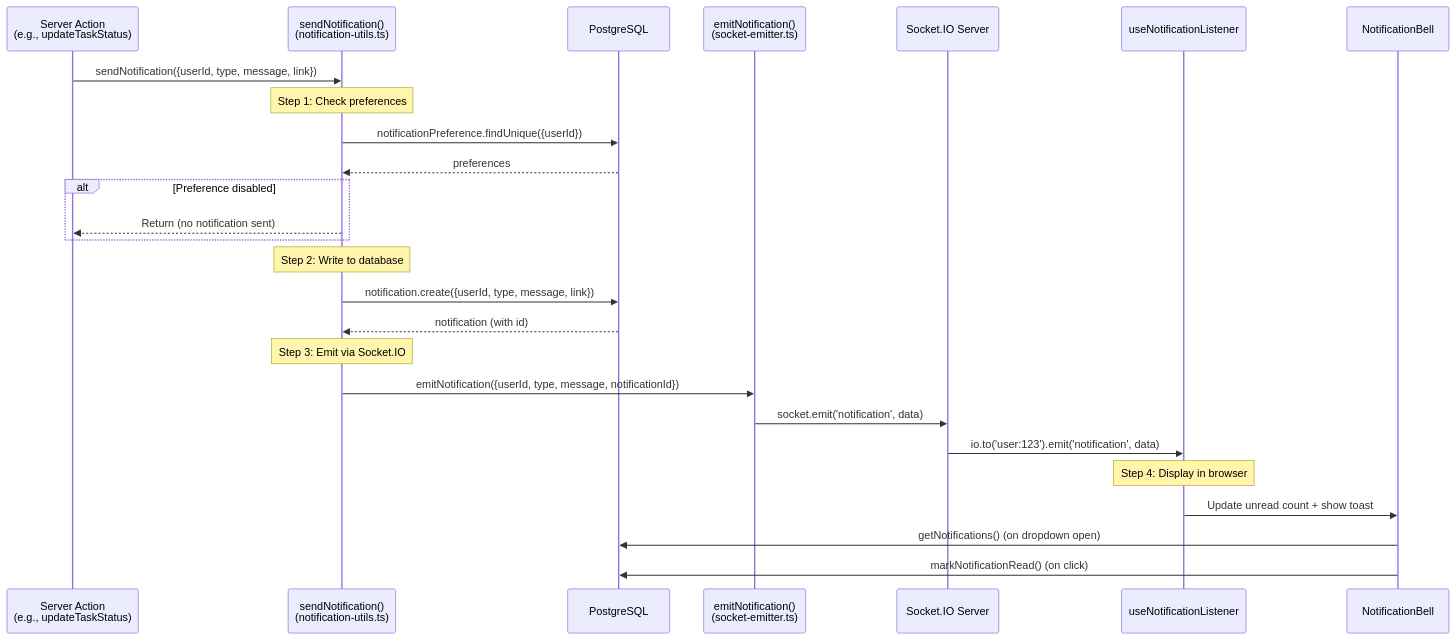
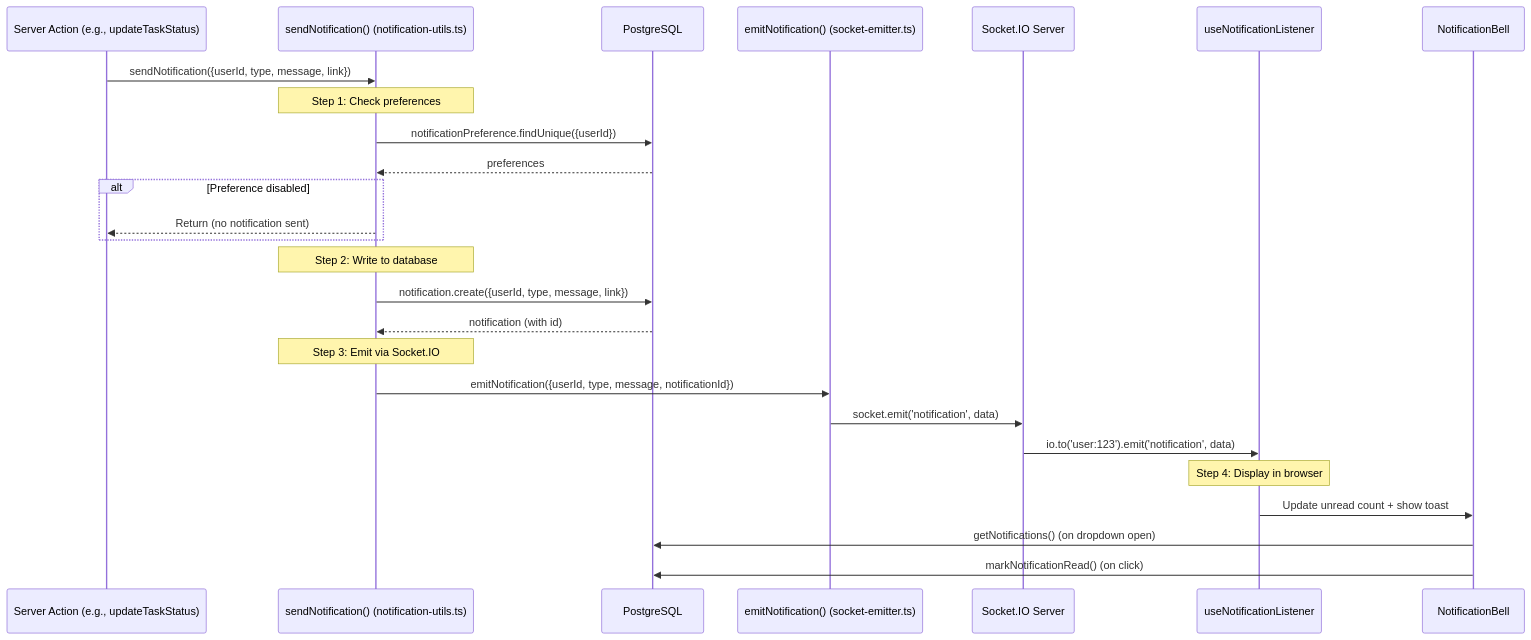
The second of 5 diagrams in docs/06-notification-system.md (asefahmed500/Smart-Task-App_IIT_DU_Final_Project), drawn with Mermaid before and after one commit. The commit also changed other lines of this file and 8 other files, not shown here.

Commit message:
fix: remove br tags from mermaid diagrams for GitHub rendering

````diff
--- a/docs/06-notification-system.md
+++ b/docs/06-notification-system.md
@@ -80,38 +80,38 @@
 ```mermaid
 sequenceDiagram
-    participant Action as Server Action<br/>(e.g., updateTaskStatus)
-    participant NotifUtils as sendNotification()<br/>(notification-utils.ts)
+    participant Action as Server Action (e.g., updateTaskStatus)
+    participant NotifUtils as sendNotification() (notification-utils.ts)
     participant DB as PostgreSQL
-    participant Emitter as emitNotification()<br/>(socket-emitter.ts)
+    participant Emitter as emitNotification() (socket-emitter.ts)
     participant SocketSrv as Socket.IO Server
     participant Browser as useNotificationListener
     participant Bell as NotificationBell
 
     Action->>NotifUtils: sendNotification({userId, type, message, link})
 
     Note over NotifUtils: Step 1: Check preferences
 
     NotifUtils->>DB: notificationPreference.findUnique({userId})
     DB-->>NotifUtils: preferences
 
     alt Preference disabled
         NotifUtils-->>Action: Return (no notification sent)
     end
 
     Note over NotifUtils: Step 2: Write to database
 
     NotifUtils->>DB: notification.create({userId, type, message, link})
     DB-->>NotifUtils: notification (with id)
 
     Note over NotifUtils: Step 3: Emit via Socket.IO
 
     NotifUtils->>Emitter: emitNotification({userId, type, message, notificationId})
     Emitter->>SocketSrv: socket.emit('notification', data)
     SocketSrv->>Browser: io.to('user:123').emit('notification', data)
 
     Note over Browser: Step 4: Display in browser
 
     Browser->>Bell: Update unread count + show toast
     Bell->>DB: getNotifications() (on dropdown open)
     Bell->>DB: markNotificationRead() (on click)
 ```
````
